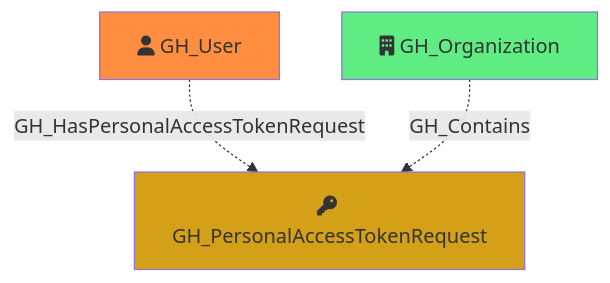
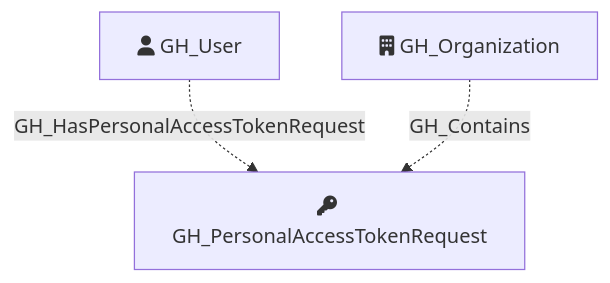
The diagram in Documentation/NodeDescriptions/GH_PersonalAccessTokenRequest.md (SpecterOps/GitHound), drawn with Mermaid before and after one commit. The commit also changed 23 other files, not shown here.

Commit message:
rm mermaid box colors

````diff
--- a/Documentation/NodeDescriptions/GH_PersonalAccessTokenRequest.md
+++ b/Documentation/NodeDescriptions/GH_PersonalAccessTokenRequest.md
@@ -44,13 +44,10 @@
 ```mermaid
 flowchart TD
     GH_PersonalAccessTokenRequest[fa:fa-key GH_PersonalAccessTokenRequest]
     GH_User[fa:fa-user GH_User]
     GH_Organization[fa:fa-building GH_Organization]
 
-    style GH_PersonalAccessTokenRequest fill:#D4A017
-    style GH_User fill:#FF8E40
-    style GH_Organization fill:#5FED83
 
     GH_User -.->|GH_HasPersonalAccessTokenRequest| GH_PersonalAccessTokenRequest
     GH_Organization -.->|GH_Contains| GH_PersonalAccessTokenRequest
 ```
````
